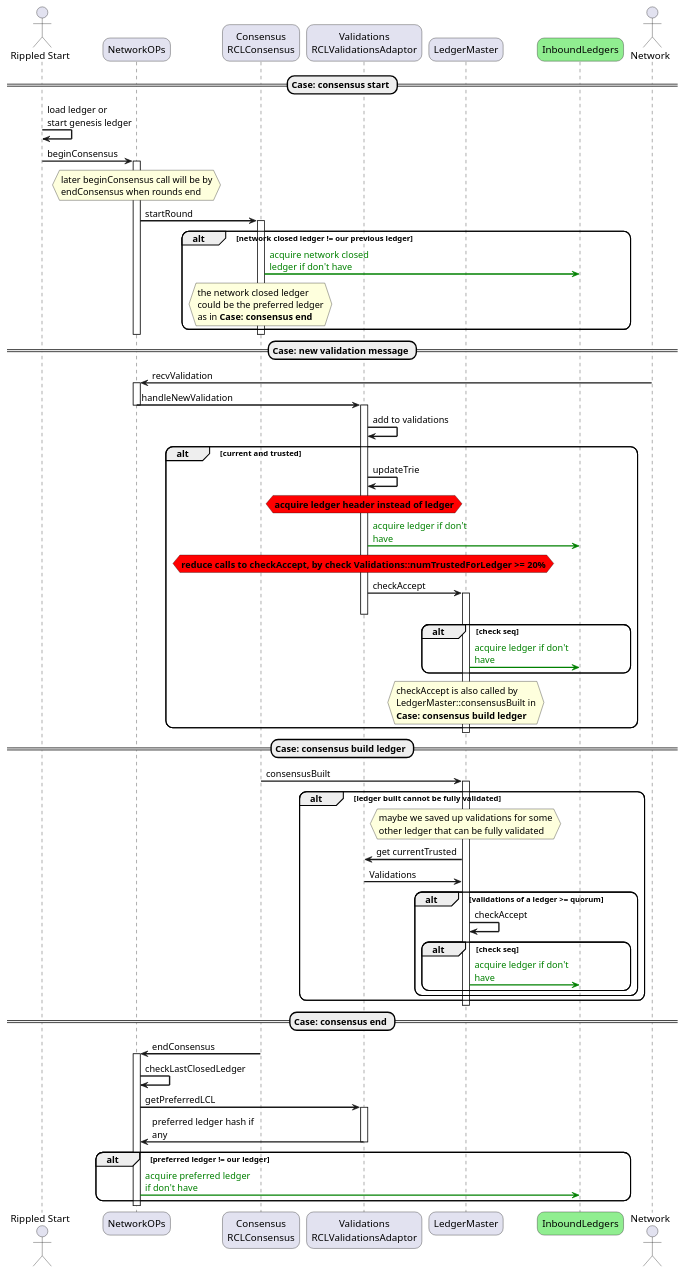
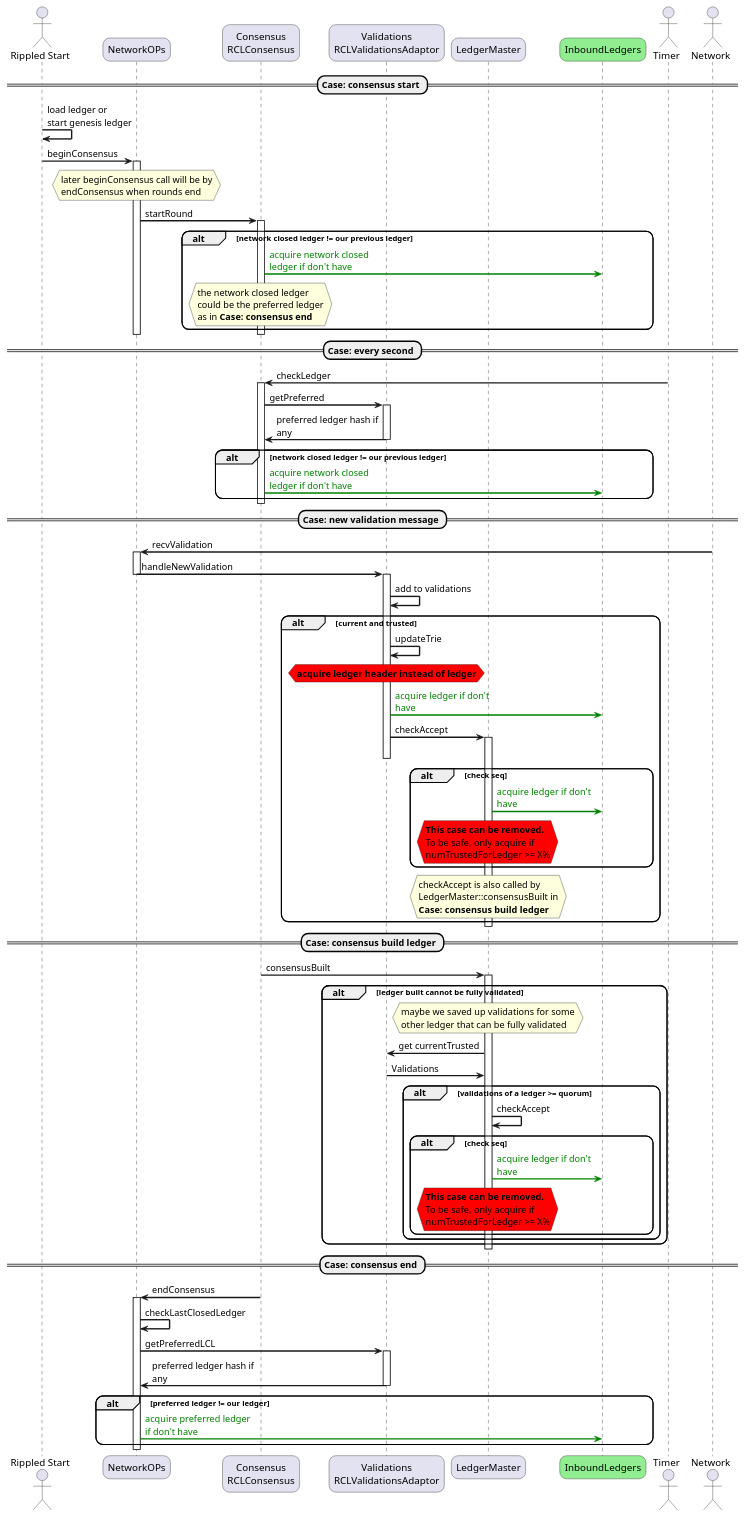
One commit to pwang200/rippled changed the diagram in docs/0010-ledger-replay/sync_sequence.puml. Above: the diagram before and after it, drawn with PlantUML. The commit also changed 2 other files, not shown here.

Commit message:
[fold] updated flow chart and class diagram.

```diff
--- a/docs/0010-ledger-replay/sync_sequence.puml
+++ b/docs/0010-ledger-replay/sync_sequence.puml
@@ -1,93 +1,108 @@
 @startuml negativeUNL_highLevel_sequence
 
 skinparam sequenceArrowThickness 2
 skinparam roundcorner 20
 skinparam maxmessagesize 160
 
 actor "Rippled Start" as RS
 participant "NetworkOPs" as NOP 
 participant "Consensus\nRCLConsensus" as C
 participant "Validations\nRCLValidationsAdaptor" as V 
 participant "LedgerMaster" as LM
 participant "InboundLedgers" as IL #lightgreen
+actor "Timer" as T
 actor "Network" as N
 
 == Case: consensus start ==
 
 RS -> RS: load ledger or\nstart genesis ledger
 RS -> NOP: beginConsensus 
 hnote over NOP: later beginConsensus call will be by\nendConsensus when rounds end
 activate NOP
 NOP -> C: startRound 
 activate C
 alt network closed ledger != our previous ledger
 C -[#green]> IL: <font color=green>acquire network closed ledger if don't have
 hnote over C: the network closed ledger\ncould be the preferred ledger\nas in **Case: consensus end** 
 end
 deactivate C
 deactivate NOP
 
+== Case: every second ==
+
+T -> C: checkLedger
+activate C
+C -> V: getPreferred
+activate V
+V -> C: preferred ledger hash if any
+deactivate V 
+alt network closed ledger != our previous ledger
+C -[#green]> IL: <font color=green>acquire network closed ledger if don't have
+end
+deactivate C 
+
 == Case: new validation message ==
 
 N -> NOP: recvValidation
 activate NOP
 NOP -> V: handleNewValidation
 deactivate NOP
 
 activate V
 V -> V: add to validations
 alt current and trusted
 V -> V: updateTrie
 'alt don't have the ledger
 hnote over V #Red: **acquire ledger header instead of ledger**
 V -[#green]> IL: <font color=green>acquire ledger if don't have
 'end
-hnote over V #Red: **reduce calls to checkAccept, by check Validations::numTrustedForLedger >= 20%**
 V -> LM: checkAccept
 activate LM
 deactivate V
 alt check seq
 'alt don't have the ledger
 LM -[#green]> IL: <font color=green>acquire ledger if don't have
+hnote over LM #Red: **This case can be removed.**\nTo be safe, only acquire if\nnumTrustedForLedger >= X%
 end
 hnote over LM: checkAccept is also called by\nLedgerMaster::consensusBuilt in\n**Case: consensus build ledger**
 end
 deactivate LM 
 
 == Case: consensus build ledger ==
 
 C -> LM: consensusBuilt
 activate LM
 alt ledger built cannot be fully validated
 hnote over LM: maybe we saved up validations for some\nother ledger that can be fully validated
 LM -> V: get currentTrusted
 V -> LM: Validations
 alt validations of a ledger >= quorum
 LM -> LM: checkAccept
 alt check seq
 'alt don't have the ledger
 LM -[#green]> IL: <font color=green>acquire ledger if don't have
+hnote over LM #Red: **This case can be removed.**\nTo be safe, only acquire if\nnumTrustedForLedger >= X%
 'end
 end
 end
 end
 deactivate LM
 == Case: consensus end ==
 
 'activate C
 'hnote over C: consensus round\ndone, ledger built
 C -> NOP: endConsensus
 'deactivate C
 
 activate NOP
 NOP -> NOP: checkLastClosedLedger
 NOP -> V: getPreferredLCL
 activate V
 V -> NOP: preferred ledger hash if any
 deactivate V
 alt preferred ledger != our ledger
 NOP -[#green]> IL: <font color=green>acquire preferred ledger if don't have
 end
 deactivate NOP
 
 @enduml
```
